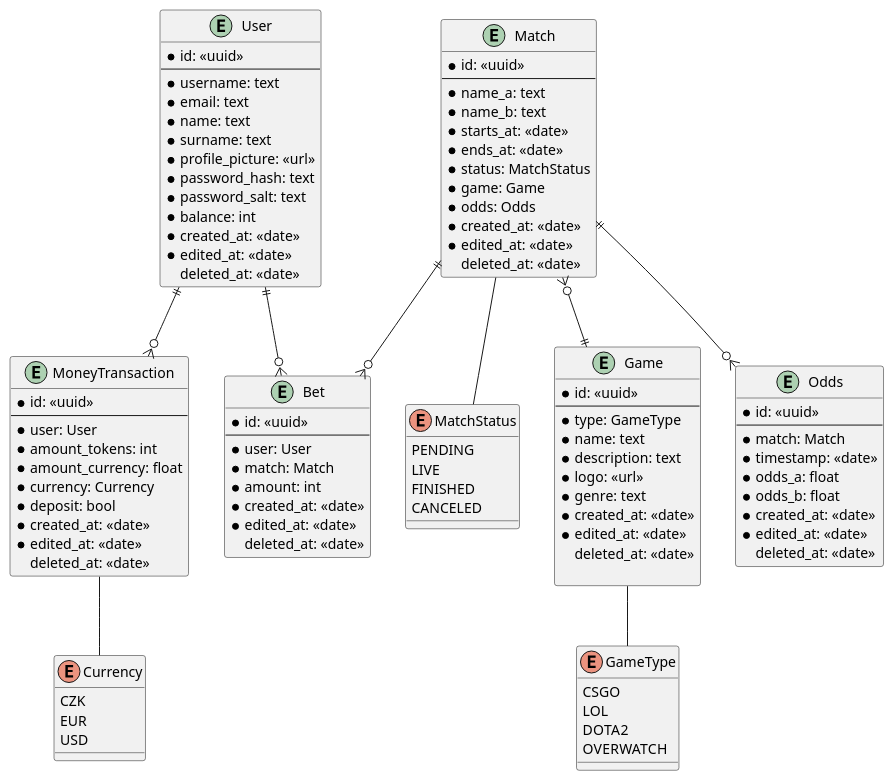
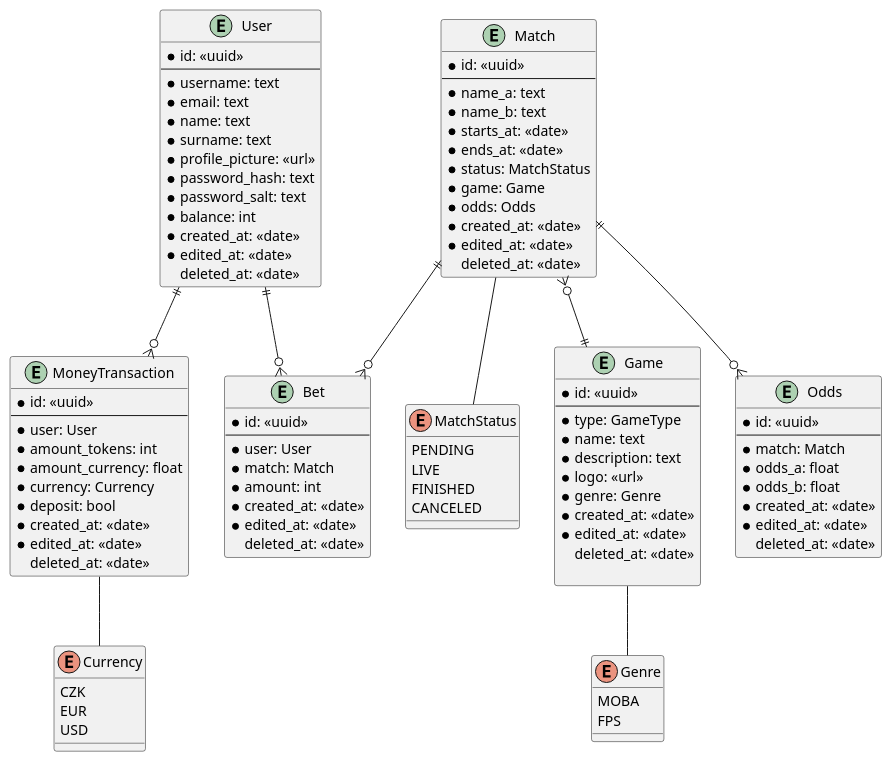
The diagram in starbet.puml (Average-Rust-Enjoyers/Starbet-Live), drawn with PlantUML before and after one commit.

Commit message:
fix: implemented the changes in puml

```diff
--- a/starbet.puml
+++ b/starbet.puml
@@ -1,113 +1,110 @@
 @startuml starbet-live
 
 entity User {
     * id: <<uuid>>
     ---
     * username: text
     * email: text
     * name: text
     * surname: text
     * profile_picture: <<url>>
     * password_hash: text
     * password_salt: text
     * balance: int
     * created_at: <<date>>
     * edited_at: <<date>>
     deleted_at: <<date>>
 }
 
 entity Match {
     * id: <<uuid>>
     ---
     * name_a: text
     * name_b: text
     * starts_at: <<date>>
     * ends_at: <<date>>
     * status: MatchStatus
     * game: Game
     * odds: Odds
     * created_at: <<date>>
     * edited_at: <<date>>
     deleted_at: <<date>>
 }
 
 enum MatchStatus {
     PENDING
     LIVE
     FINISHED
     CANCELED
 }
 
 entity Game {
     * id: <<uuid>>
     ---
     * type: GameType
     * name: text
     * description: text
     * logo: <<url>>
-    * genre: text
+    * genre: Genre
     * created_at: <<date>>
     * edited_at: <<date>>
     deleted_at: <<date>>
 
-}
-
-enum GameType {
-    CSGO
-    LOL
-    DOTA2
-    OVERWATCH
 }
 
 entity Bet {
     * id: <<uuid>>
     ---
     * user: User
     * match: Match
     * amount: int
     * created_at: <<date>>
     * edited_at: <<date>>
     deleted_at: <<date>>
 }
 
 entity Odds {
     * id: <<uuid>>
     ---
     * match: Match
-    * timestamp: <<date>>
     * odds_a: float
     * odds_b: float
     * created_at: <<date>>
     * edited_at: <<date>>
     deleted_at: <<date>>
 }
 
 entity MoneyTransaction {
     * id: <<uuid>>
     ---
     * user: User
     * amount_tokens: int
     * amount_currency: float
     * currency: Currency
     * deposit: bool
     * created_at: <<date>>
     * edited_at: <<date>>
     deleted_at: <<date>>
 }
 
 enum Currency {
     CZK
     EUR
     USD
 }
 
+enum Genre {
+    MOBA
+    FPS
+}
+
 Match }o--|| Game
 Match ||--o{ Bet
 Match ||--o{ Odds
 User ||--o{ Bet
 User ||--o{ MoneyTransaction
 Match -- MatchStatus
-Game -- GameType
+Game -- Genre
 MoneyTransaction -- Currency
 
 @enduml
```
